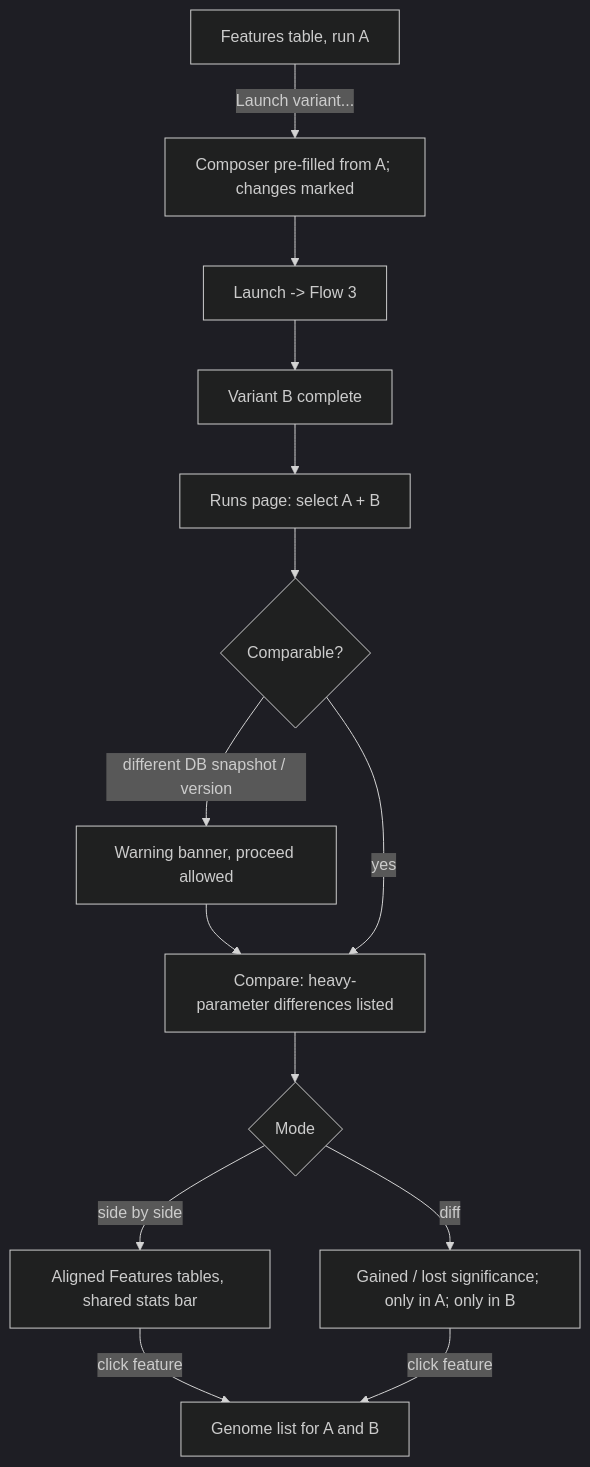
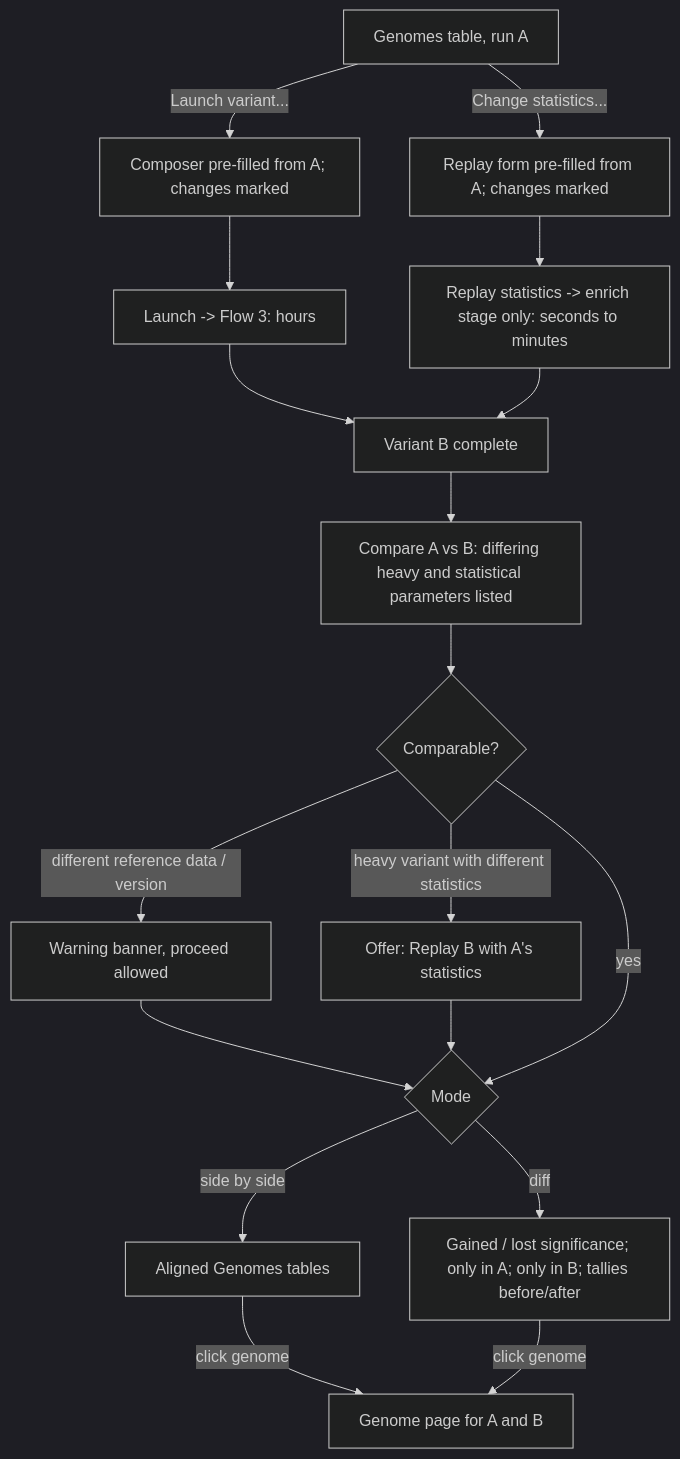
Before and after one commit to kklicki350/flanders: the fourth of 6 diagrams in docs/planning/ux-design-specification.md, drawn with Mermaid (dark theme). The commit also changed other lines of this file, not shown here.

First line of the commit message:
Revise UX spec to architecture validation decisions

````diff
--- a/docs/planning/ux-design-specification.md
+++ b/docs/planning/ux-design-specification.md
@@ -414,15 +445,18 @@
 ```mermaid
 flowchart TD
-    A[Features table, run A] -- Launch variant... --> B[Composer pre-filled from A; changes marked]
-    B --> C[Launch -> Flow 3]
+    A[Genomes table, run A] -- Launch variant... --> B[Composer pre-filled from A; changes marked]
+    B --> C[Launch -> Flow 3: hours]
+    A -- Change statistics... --> S[Replay form pre-filled from A; changes marked]
+    S --> T[Replay statistics -> enrich stage only: seconds to minutes]
     C --> D[Variant B complete]
-    D --> E[Runs page: select A + B]
-    E --> F{Comparable?}
-    F -- different DB snapshot / version --> G[Warning banner, proceed allowed] --> H
-    F -- yes --> H[Compare: heavy-parameter differences listed]
-    H --> I{Mode}
-    I -- side by side --> J[Aligned Features tables, shared stats bar]
-    I -- diff --> K[Gained / lost significance; only in A; only in B]
-    J -- click feature --> L[Genome list for A and B]
-    K -- click feature --> L
+    T --> D
+    D --> H[Compare A vs B: differing heavy and statistical parameters listed]
+    H --> F{Comparable?}
+    F -- different reference data / version --> G[Warning banner, proceed allowed] --> I
+    F -- heavy variant with different statistics --> R[Offer: Replay B with A's statistics] --> I
+    F -- yes --> I{Mode}
+    I -- side by side --> J[Aligned Genomes tables]
+    I -- diff --> K[Gained / lost significance; only in A; only in B; tallies before/after]
+    J -- click genome --> L[Genome page for A and B]
+    K -- click genome --> L
 ```
````
